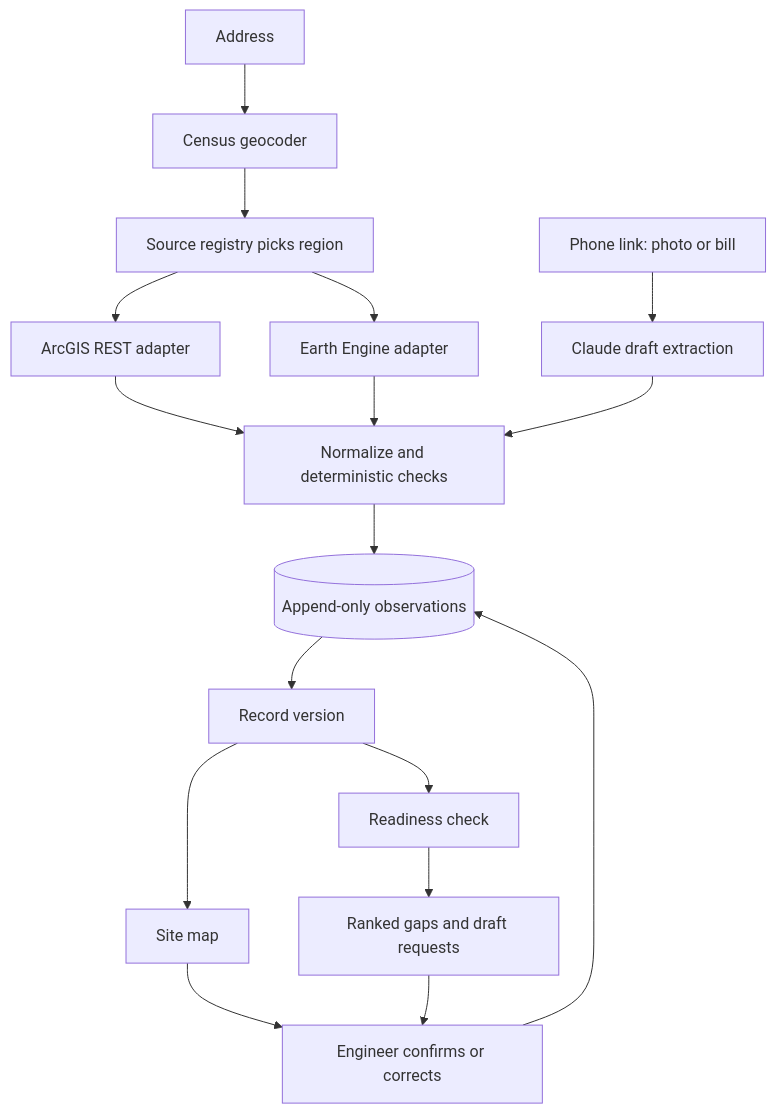
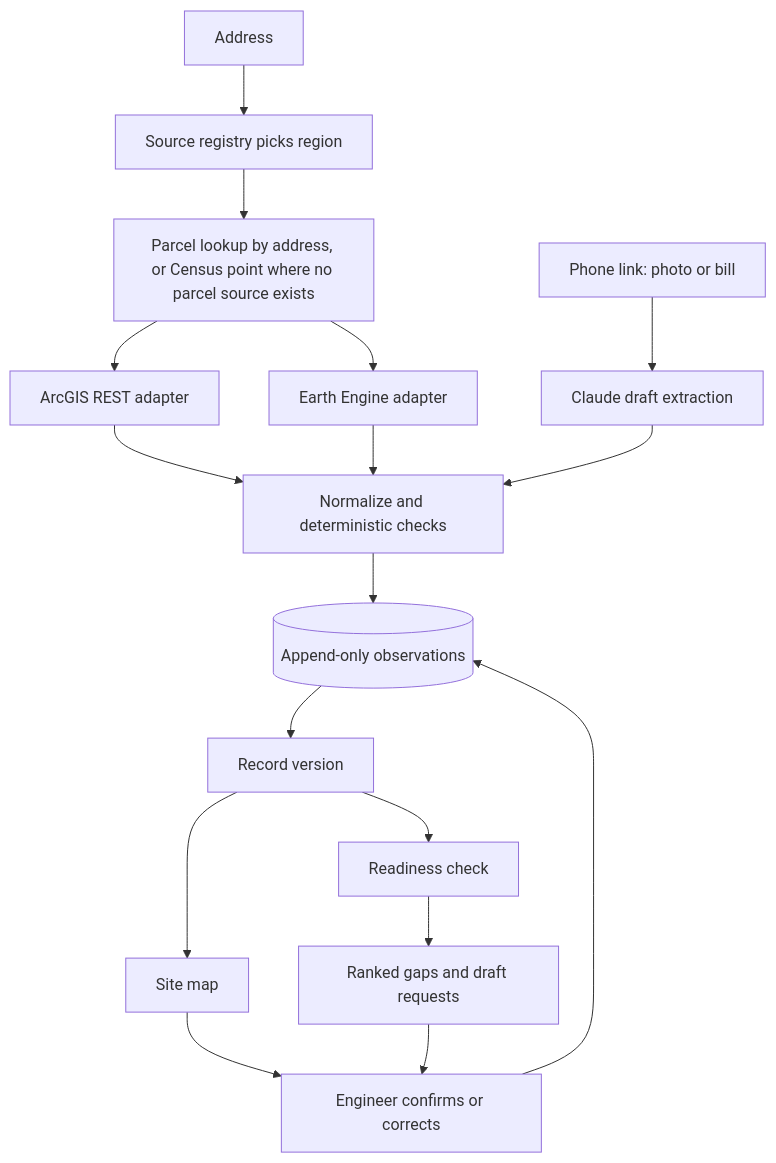
One commit to samishanza/MIT-Energy-Hacks changed the first of 2 diagrams in docs/plans/2026-11-07-0954-feat-site-data-collection-plan.md. Above: the diagram before and after it, drawn with Mermaid. The commit also changed other lines of this file and 1 other file, not shown here.

````diff
--- a/docs/plans/2026-11-07-0954-feat-site-data-collection-plan.md
+++ b/docs/plans/2026-11-07-0954-feat-site-data-collection-plan.md
@@ -182,19 +182,19 @@
 ```mermaid
 flowchart TB
-  A[Address] --> G[Census geocoder]
-  G --> Reg[Source registry picks region]
-  Reg --> AR[ArcGIS REST adapter]
-  Reg --> EE[Earth Engine adapter]
+  A[Address] --> Reg[Source registry picks region]
+  Reg --> PL[Parcel lookup by address, or Census point where no parcel source exists]
+  PL --> AR[ArcGIS REST adapter]
+  PL --> EE[Earth Engine adapter]
   AR --> N[Normalize and deterministic checks]
   EE --> N
   P[Phone link: photo or bill] --> X[Claude draft extraction]
   X --> N
   N --> O[(Append-only observations)]
   O --> V[Record version]
   V --> M[Site map]
   V --> C[Readiness check]
   C --> R[Ranked gaps and draft requests]
   M --> E[Engineer confirms or corrects]
   R --> E
   E --> O
 ```
````
